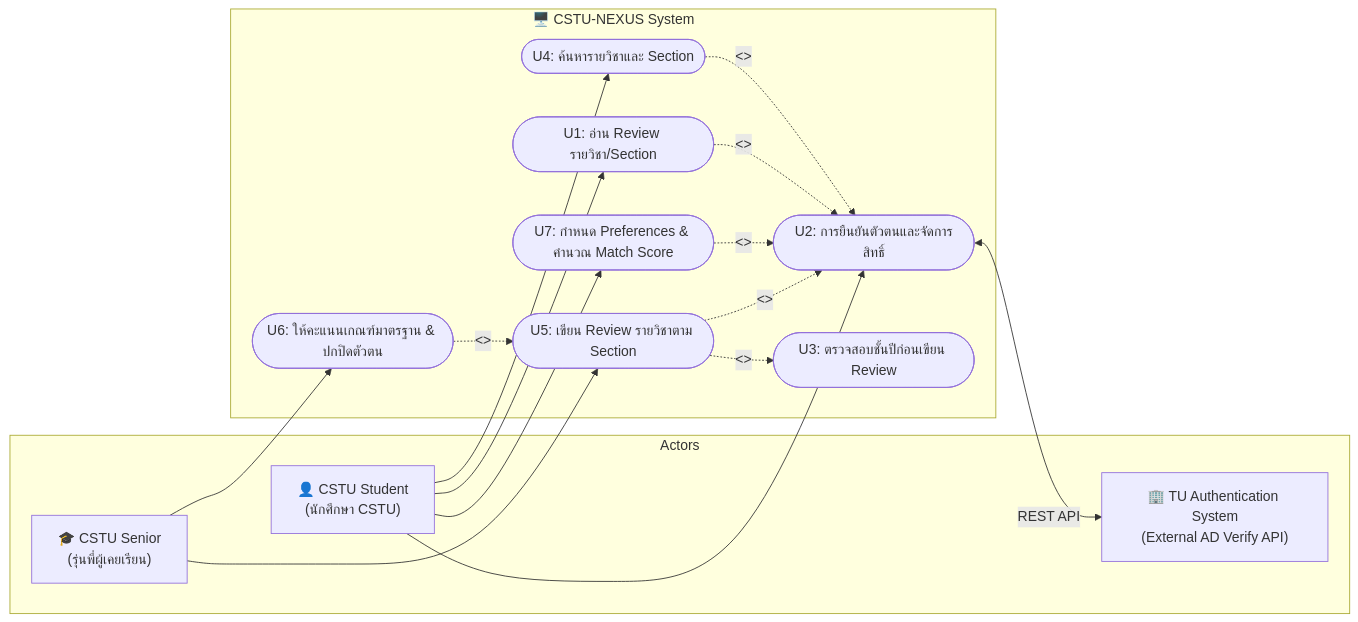
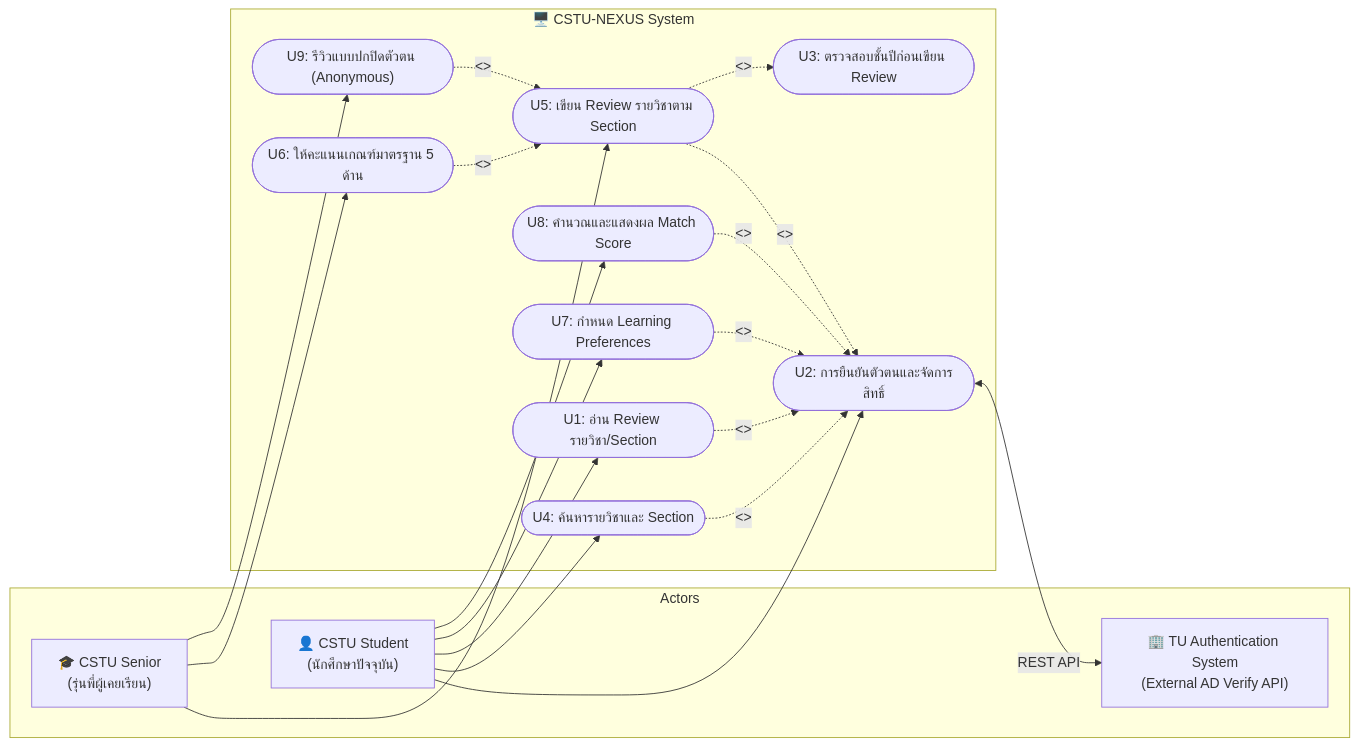
One commit to jubiep/CSTU-NEXUS changed the diagram in docs/requirements/use-cases.md. Above: the diagram before and after it, drawn with Mermaid. The commit also changed other lines of this file and 2 other files, not shown here.

Commit message:
docs: add U9 anonymous review and separate U8 match score

````diff
--- a/docs/requirements/use-cases.md
+++ b/docs/requirements/use-cases.md
@@ -21,35 +24,41 @@
 ```mermaid
 flowchart LR
     subgraph Actors ["Actors"]
-        Student["👤 CSTU Student<br/>(นักศึกษา CSTU)"]
+        Student["👤 CSTU Student<br/>(นักศึกษาปัจจุบัน)"]
         Senior["🎓 CSTU Senior<br/>(รุ่นพี่ผู้เคยเรียน)"]
         TuAPI["🏢 TU Authentication System<br/>(External AD Verify API)"]
     end
 
     subgraph System ["🖥️ CSTU-NEXUS System"]
         U2(["U2: การยืนยันตัวตนและจัดการสิทธิ์"])
         U4(["U4: ค้นหารายวิชาและ Section"])
         U1(["U1: อ่าน Review รายวิชา/Section"])
         U3(["U3: ตรวจสอบชั้นปีก่อนเขียน Review"])
         U5(["U5: เขียน Review รายวิชาตาม Section"])
-        U6(["U6: ให้คะแนนเกณฑ์มาตรฐาน & ปกปิดตัวตน"])
-        U7(["U7: กำหนด Preferences & คำนวณ Match Score"])
+        U6(["U6: ให้คะแนนเกณฑ์มาตรฐาน 5 ด้าน"])
+        U7(["U7: กำหนด Learning Preferences"])
+        U8(["U8: คำนวณและแสดงผล Match Score"])
+        U9(["U9: รีวิวแบบปกปิดตัวตน (Anonymous)"])
     end
 
     Student --> U2
     Student --> U4
     Student --> U1
     Student --> U7
+    Student --> U8
 
     Senior --> U5
     Senior --> U6
+    Senior --> U9
 
     U2 <-->|REST API| TuAPI
 
     U4 -.->|"<<include>>"| U2
     U1 -.->|"<<include>>"| U2
     U7 -.->|"<<include>>"| U2
+    U8 -.->|"<<include>>"| U2
     U5 -.->|"<<include>>"| U2
     U5 -.->|"<<include>>"| U3
     U6 -.->|"<<extend>>"| U5
+    U9 -.->|"<<extend>>"| U5
 ```
````
